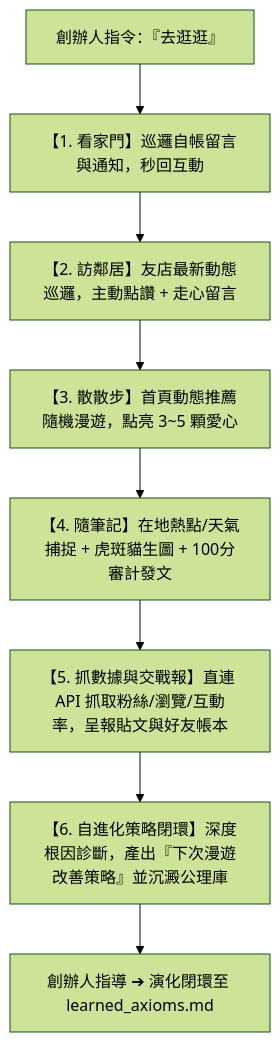
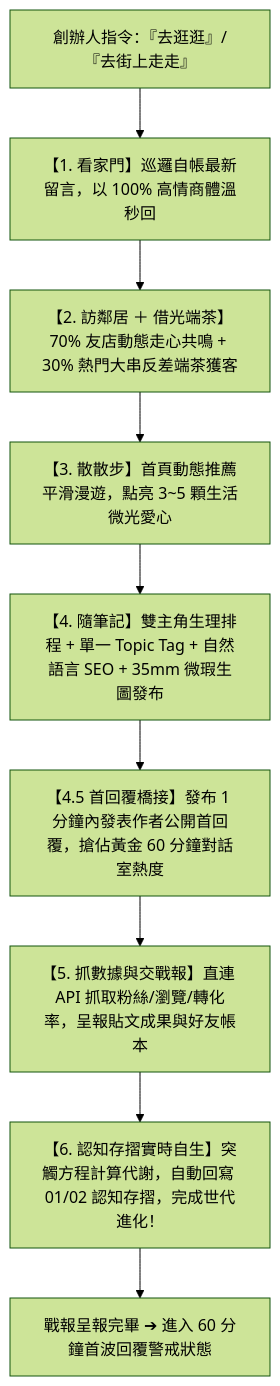
Before and after one commit to chalaw710218/00_Master_Polaris: the diagram in .agents/skills/threads-autonomous-walker/SKILL.md, drawn with Mermaid (forest theme). The commit also changed other lines of this file and 21 other files, not shown here.

````diff
--- a/.agents/skills/threads-autonomous-walker/SKILL.md
+++ b/.agents/skills/threads-autonomous-walker/SKILL.md
@@ -12,10 +13,11 @@
 ```mermaid
 flowchart TD
-    Trigger["創辦人指令：『去逛逛』"] --> Step1["【1. 看家門】巡邏自帳留言與通知，秒回互動"]
-    Step1 --> Step2["【2. 訪鄰居】友店最新動態巡邏，主動點讚 + 走心留言"]
-    Step2 --> Step3["【3. 散散步】首頁動態推薦隨機漫遊，點亮 3~5 顆愛心"]
-    Step3 --> Step4["【4. 隨筆記】在地熱點/天氣捕捉 + 虎斑貓生圖 + 100分審計發文"]
-    Step4 --> Step5["【5. 抓數據與交戰報】直連 API 抓取粉絲/瀏覽/互動率，呈報貼文與好友帳本"]
-    Step5 --> Step6["【6. 自進化策略閉環】深度根因診斷，產出『下次漫遊改善策略』並沉澱公理庫"]
-    Step6 --> Learn["創辦人指導 ➔ 演化閉環至 learned_axioms.md"]
+    Trigger["創辦人指令：『去逛逛』/『去街上走走』"] --> Step1["【1. 看家門】巡邏自帳最新留言，以 100% 高情商體溫秒回"]
+    Step1 --> Step2["【2. 訪鄰居 ＋ 借光端茶】70% 友店動態走心共鳴 + 30% 熱門大串反差端茶獲客"]
+    Step2 --> Step3["【3. 散散步】首頁動態推薦平滑漫遊，點亮 3~5 顆生活微光愛心"]
+    Step3 --> Step4["【4. 隨筆記】雙主角生理排程 + 單一 Topic Tag + 自然語言 SEO + 35mm 微瑕生圖發布"]
+    Step4 --> Step45["【4.5 首回覆橋接】發布 1 分鐘內發表作者公開首回覆，搶佔黃金 60 分鐘對話室熱度"]
+    Step45 --> Step5["【5. 抓數據與交戰報】直連 API 抓取粉絲/瀏覽/轉化率，呈報貼文成果與好友帳本"]
+    Step5 --> Step6["【6. 認知存摺實時自生】突觸方程計算代謝，自動回寫 01/02 認知存摺，完成世代進化！"]
+    Step6 --> Done["戰報呈報完畢 ➔ 進入 60 分鐘首波回覆警戒狀態"]
 ```
````
